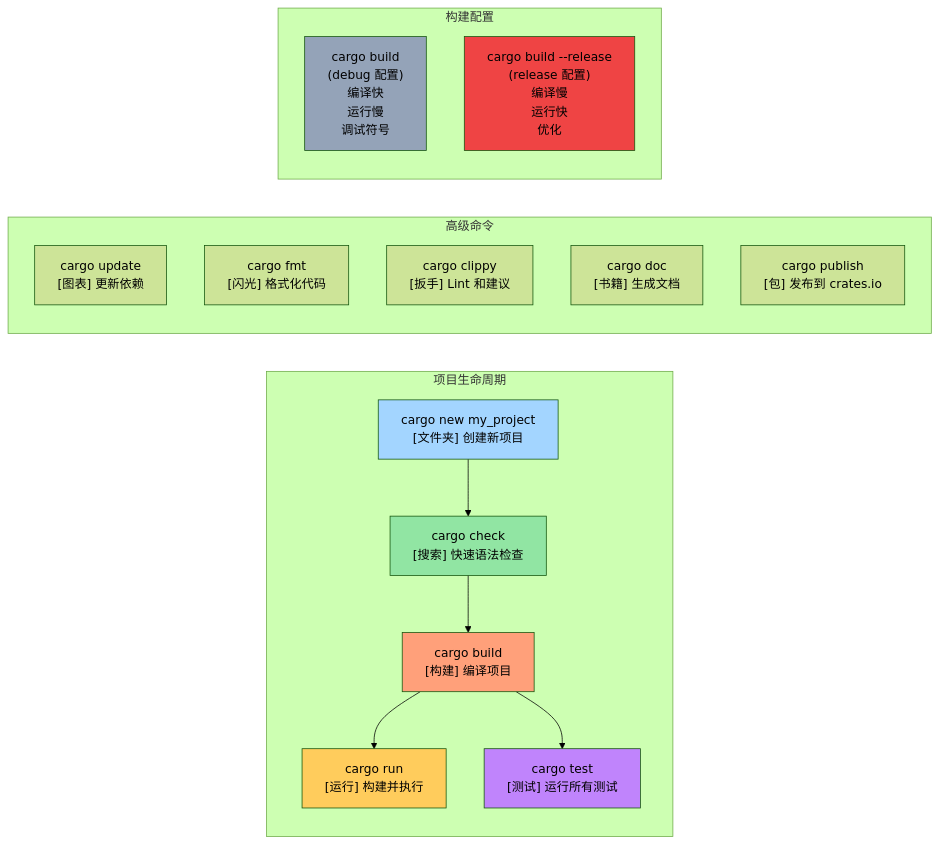
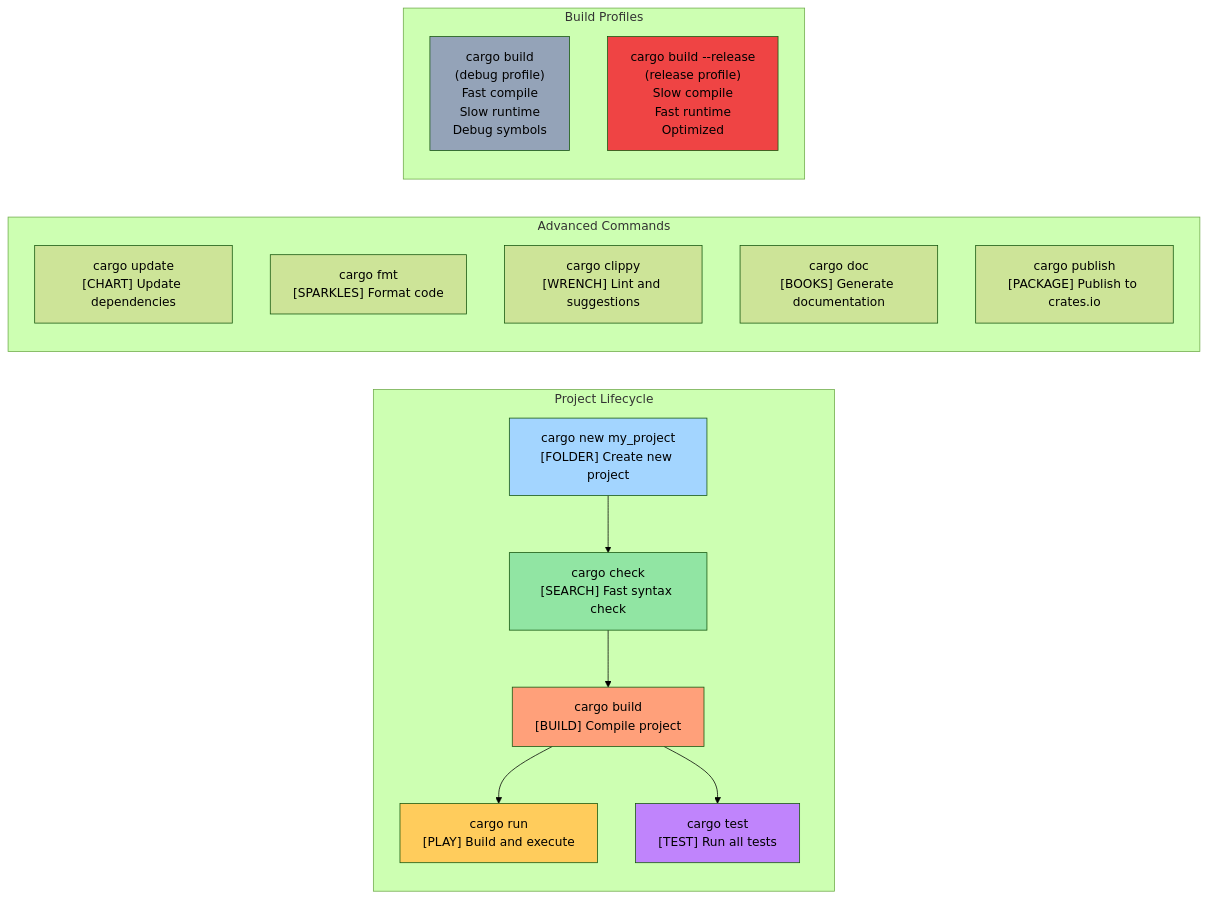
One commit to hex623/rust-training-zh changed the second of 2 diagrams in src/ch02-getting-started.md. Above: the diagram before and after it, drawn with Mermaid (forest theme). The commit also changed other lines of this file and 21 other files, not shown here.

````diff
--- a/src/ch02-getting-started.md
+++ b/src/ch02-getting-started.md
@@ -122,36 +122,36 @@
 ```mermaid
 graph LR
-    subgraph "项目生命周期"
-        NEW["cargo new my_project<br/>[文件夹] 创建新项目"]
-        CHECK["cargo check<br/>[搜索] 快速语法检查"]
-        BUILD["cargo build<br/>[构建] 编译项目"]
-        RUN["cargo run<br/>[运行] 构建并执行"]
-        TEST["cargo test<br/>[测试] 运行所有测试"]
+    subgraph "Project Lifecycle"
+        NEW["cargo new my_project<br/>[FOLDER] Create new project"]
+        CHECK["cargo check<br/>[SEARCH] Fast syntax check"]
+        BUILD["cargo build<br/>[BUILD] Compile project"]
+        RUN["cargo run<br/>[PLAY] Build and execute"]
+        TEST["cargo test<br/>[TEST] Run all tests"]
         
         NEW --> CHECK
         CHECK --> BUILD
         BUILD --> RUN
         BUILD --> TEST
     end
     
-    subgraph "高级命令"
-        UPDATE["cargo update<br/>[图表] 更新依赖"]
-        FORMAT["cargo fmt<br/>[闪光] 格式化代码"]
-        LINT["cargo clippy<br/>[扳手] Lint 和建议"]
-        DOC["cargo doc<br/>[书籍] 生成文档"]
-        PUBLISH["cargo publish<br/>[包] 发布到 crates.io"]
+    subgraph "Advanced Commands"
+        UPDATE["cargo update<br/>[CHART] Update dependencies"]
+        FORMAT["cargo fmt<br/>[SPARKLES] Format code"]
+        LINT["cargo clippy<br/>[WRENCH] Lint and suggestions"]
+        DOC["cargo doc<br/>[BOOKS] Generate documentation"]
+        PUBLISH["cargo publish<br/>[PACKAGE] Publish to crates.io"]
     end
     
-    subgraph "构建配置"
-        DEBUG["cargo build<br/>(debug 配置)<br/>编译快<br/>运行慢<br/>调试符号"]
-        RELEASE["cargo build --release<br/>(release 配置)<br/>编译慢<br/>运行快<br/>优化"]
+    subgraph "Build Profiles"
+        DEBUG["cargo build<br/>(debug profile)<br/>Fast compile<br/>Slow runtime<br/>Debug symbols"]
+        RELEASE["cargo build --release<br/>(release profile)<br/>Slow compile<br/>Fast runtime<br/>Optimized"]
     end
     
     style NEW fill:#a3d5ff,color:#000
     style CHECK fill:#91e5a3,color:#000
     style BUILD fill:#ffa07a,color:#000
     style RUN fill:#ffcc5c,color:#000
     style TEST fill:#c084fc,color:#000
     style DEBUG fill:#94a3b8,color:#000
     style RELEASE fill:#ef4444,color:#000
 ```
````
